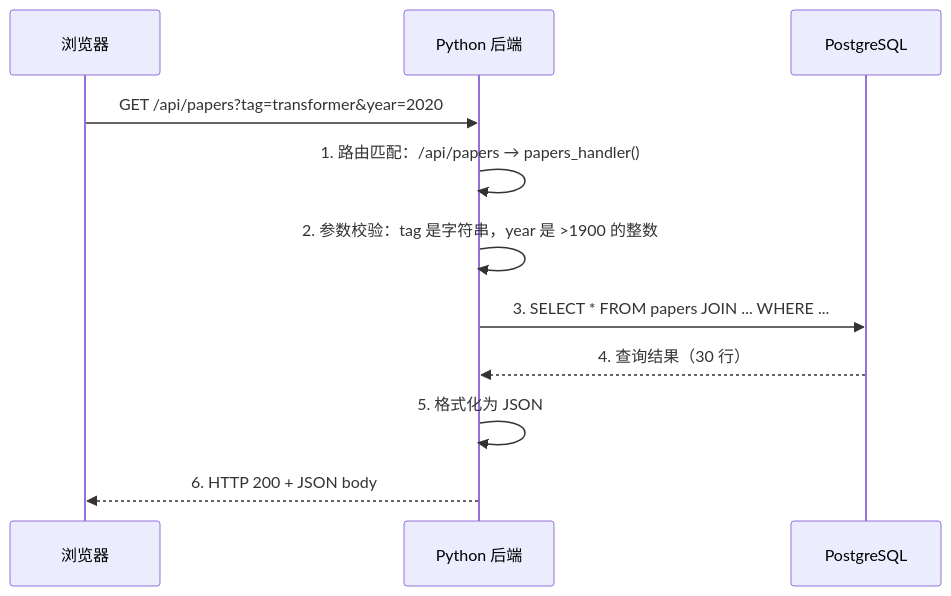
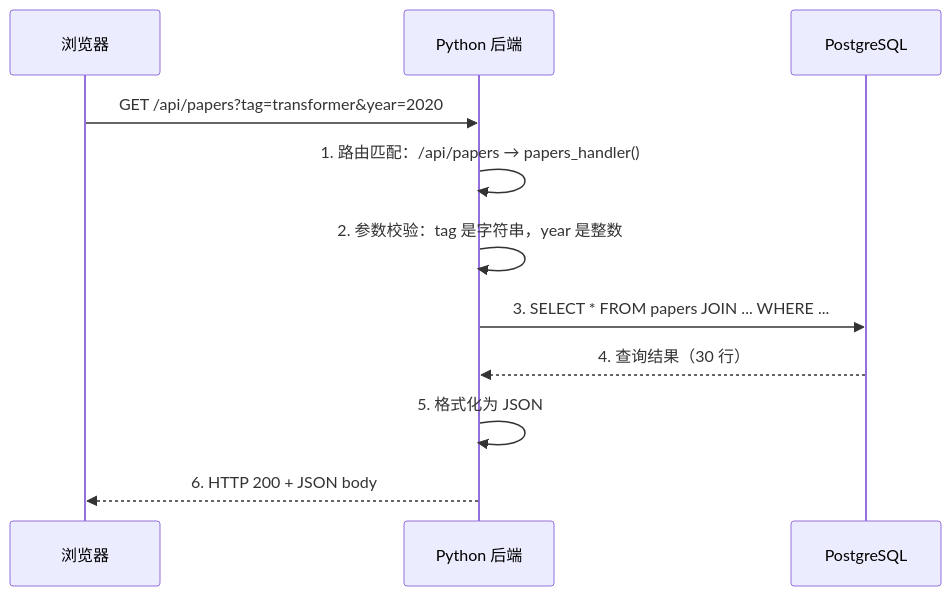
One commit to PurslaneMa/PurslaneMa.github.io changed the diagram in 07-应用开发/29-后端与API.md. Above: the diagram before and after it, drawn with Mermaid. The commit also changed other lines of this file and 65 other files, not shown here.

````diff
--- a/07-应用开发/29-后端与API.md
+++ b/07-应用开发/29-后端与API.md
@@ -13,14 +13,14 @@
 ```mermaid
 sequenceDiagram
     participant 浏览器 as 浏览器
     participant 后端 as Python 后端
     participant DB as PostgreSQL
 
     浏览器->>后端: GET /api/papers?tag=transformer&year=2020
     后端->>后端: 1. 路由匹配：/api/papers → papers_handler()
-    后端->>后端: 2. 参数校验：tag 是字符串，year 是 >1900 的整数
+    后端->>后端: 2. 参数校验：tag 是字符串，year 是整数
     后端->>DB: 3. SELECT * FROM papers JOIN ... WHERE ...
     DB-->>后端: 4. 查询结果（30 行）
     后端->>后端: 5. 格式化为 JSON
     后端-->>浏览器: 6. HTTP 200 + JSON body
 ```
````
